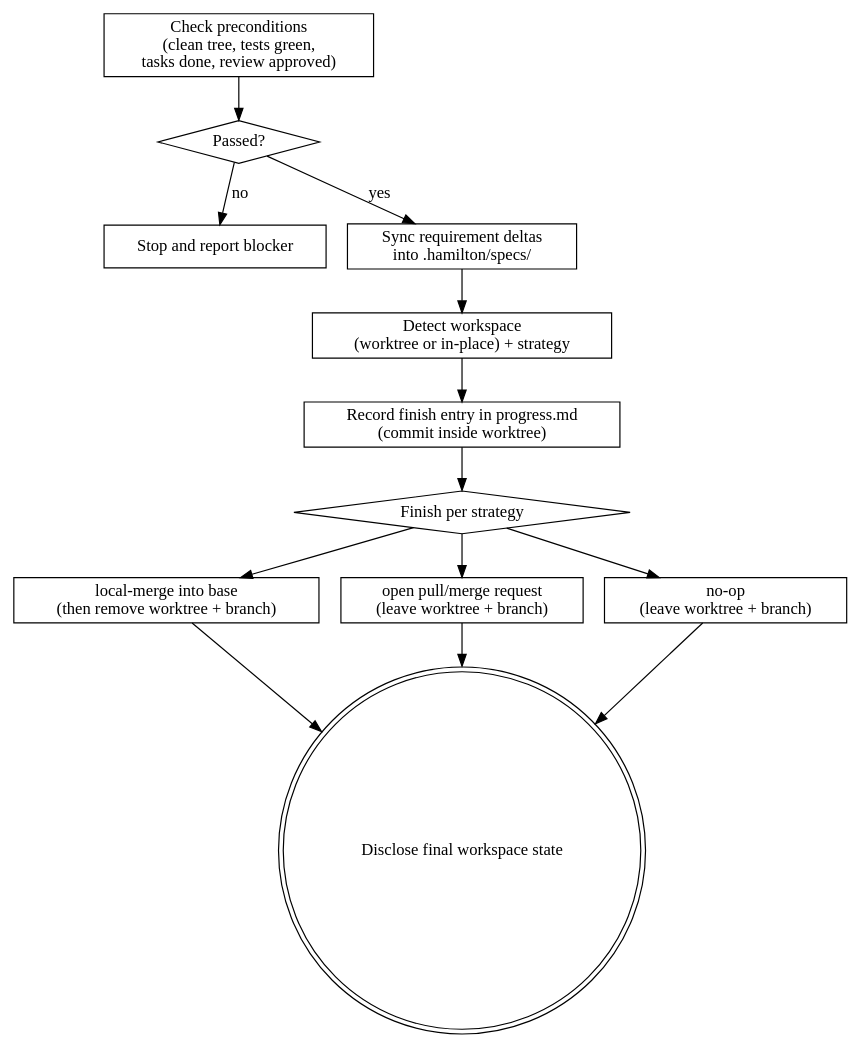
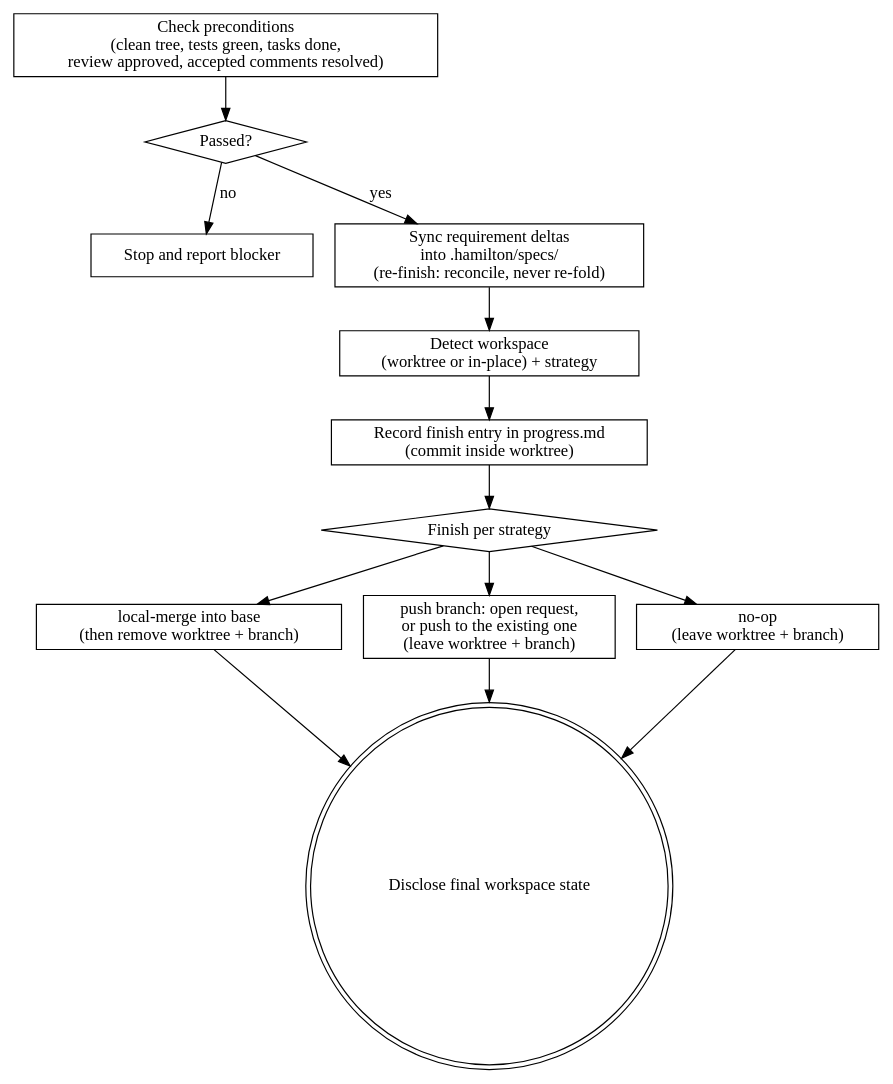
One commit to caiorcferreira/hamilton changed the diagram in skills/hamilton-finish-work/SKILL.md. Above: the diagram before and after it, drawn with Graphviz. The commit also changed other lines of this file and 14 other files, not shown here.

````diff
--- a/skills/hamilton-finish-work/SKILL.md
+++ b/skills/hamilton-finish-work/SKILL.md
@@ -158,28 +185,28 @@
 ```dot
 digraph hamilton_finish_work {
-    "Check preconditions\n(clean tree, tests green,\ntasks done, review approved)" [shape=box];
+    "Check preconditions\n(clean tree, tests green, tasks done,\nreview approved, accepted comments resolved)" [shape=box];
     "Passed?" [shape=diamond];
     "Stop and report blocker" [shape=box];
-    "Sync requirement deltas\ninto .hamilton/specs/" [shape=box];
+    "Sync requirement deltas\ninto .hamilton/specs/\n(re-finish: reconcile, never re-fold)" [shape=box];
     "Detect workspace\n(worktree or in-place) + strategy" [shape=box];
     "Record finish entry in progress.md\n(commit inside worktree)" [shape=box];
     "Finish per strategy" [shape=diamond];
     "local-merge into base\n(then remove worktree + branch)" [shape=box];
-    "open pull/merge request\n(leave worktree + branch)" [shape=box];
+    "push branch: open request,\nor push to the existing one\n(leave worktree + branch)" [shape=box];
     "no-op\n(leave worktree + branch)" [shape=box];
     "Disclose final workspace state" [shape=doublecircle];
 
-    "Check preconditions\n(clean tree, tests green,\ntasks done, review approved)" -> "Passed?";
+    "Check preconditions\n(clean tree, tests green, tasks done,\nreview approved, accepted comments resolved)" -> "Passed?";
     "Passed?" -> "Stop and report blocker" [label="no"];
-    "Passed?" -> "Sync requirement deltas\ninto .hamilton/specs/" [label="yes"];
-    "Sync requirement deltas\ninto .hamilton/specs/" -> "Detect workspace\n(worktree or in-place) + strategy";
+    "Passed?" -> "Sync requirement deltas\ninto .hamilton/specs/\n(re-finish: reconcile, never re-fold)" [label="yes"];
+    "Sync requirement deltas\ninto .hamilton/specs/\n(re-finish: reconcile, never re-fold)" -> "Detect workspace\n(worktree or in-place) + strategy";
     "Detect workspace\n(worktree or in-place) + strategy" -> "Record finish entry in progress.md\n(commit inside worktree)";
     "Record finish entry in progress.md\n(commit inside worktree)" -> "Finish per strategy";
     "Finish per strategy" -> "local-merge into base\n(then remove worktree + branch)";
-    "Finish per strategy" -> "open pull/merge request\n(leave worktree + branch)";
+    "Finish per strategy" -> "push branch: open request,\nor push to the existing one\n(leave worktree + branch)";
     "Finish per strategy" -> "no-op\n(leave worktree + branch)";
     "local-merge into base\n(then remove worktree + branch)" -> "Disclose final workspace state";
-    "open pull/merge request\n(leave worktree + branch)" -> "Disclose final workspace state";
+    "push branch: open request,\nor push to the existing one\n(leave worktree + branch)" -> "Disclose final workspace state";
     "no-op\n(leave worktree + branch)" -> "Disclose final workspace state";
 }
 ```
````
